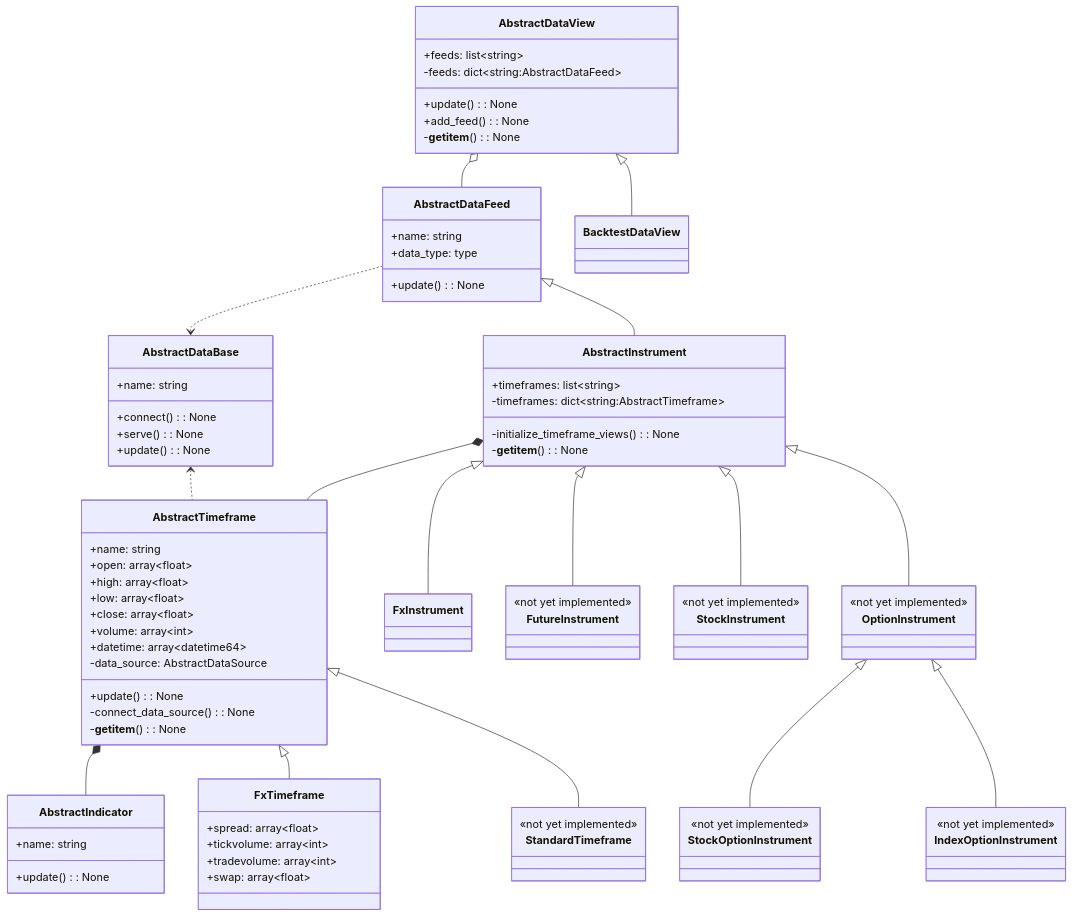
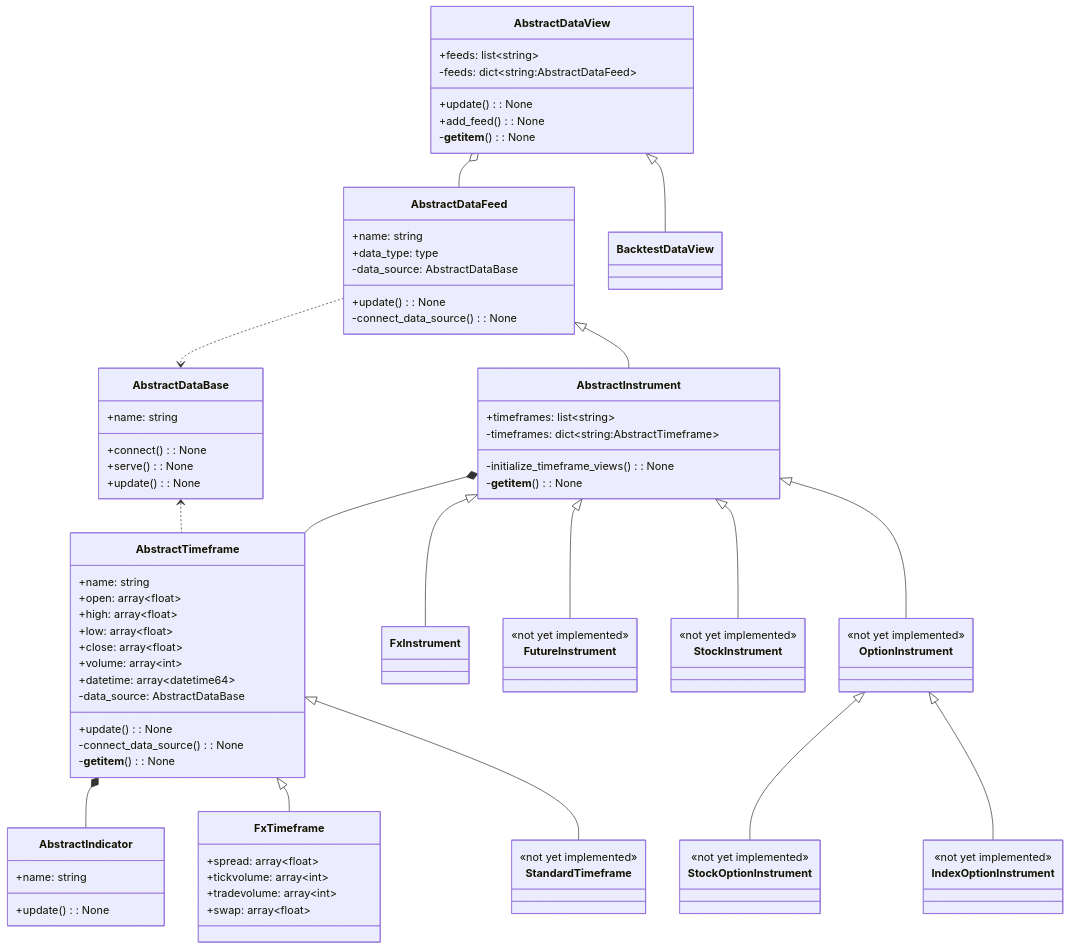
One commit to ryancardenas/marketresearch changed the fifth of 5 diagrams in README.md. Above: the diagram before and after it, drawn with Mermaid.

Commit message:
Add connect_data_source() to AbstractDataFeed in class diagram

```diff
--- a/README.md
+++ b/README.md
@@ -88,7 +88,9 @@
     class AbstractDataFeed{
         +name: string
         +data_type: type
+        -data_source: AbstractDataBase
         +update(): None
+        -connect_data_source(): None
     }
     
     class AbstractInstrument{
@@ -106,7 +108,7 @@
         +close: array~float~ 
         +volume: array~int~
         +datetime: array~datetime64~
-        -data_source: AbstractDataSource
+        -data_source: AbstractDataBase
         +update(): None
         -connect_data_source(): None
         -__getitem__(): None
```
